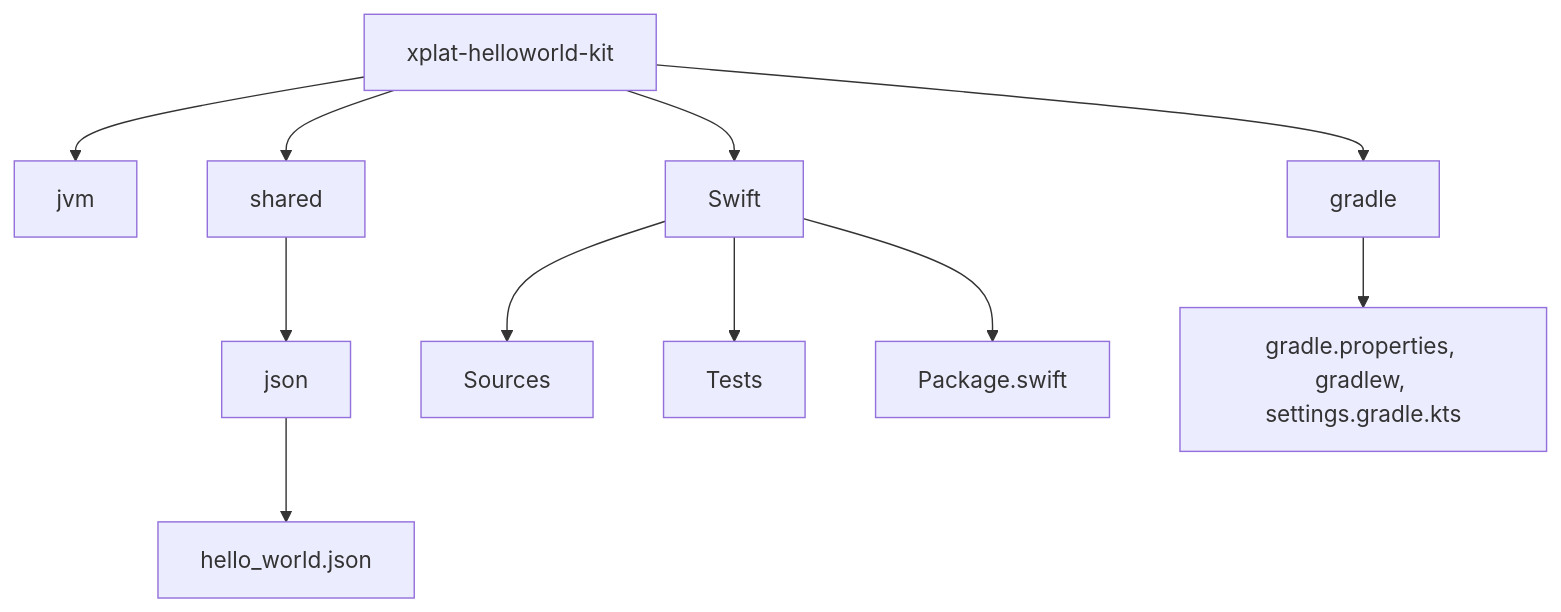
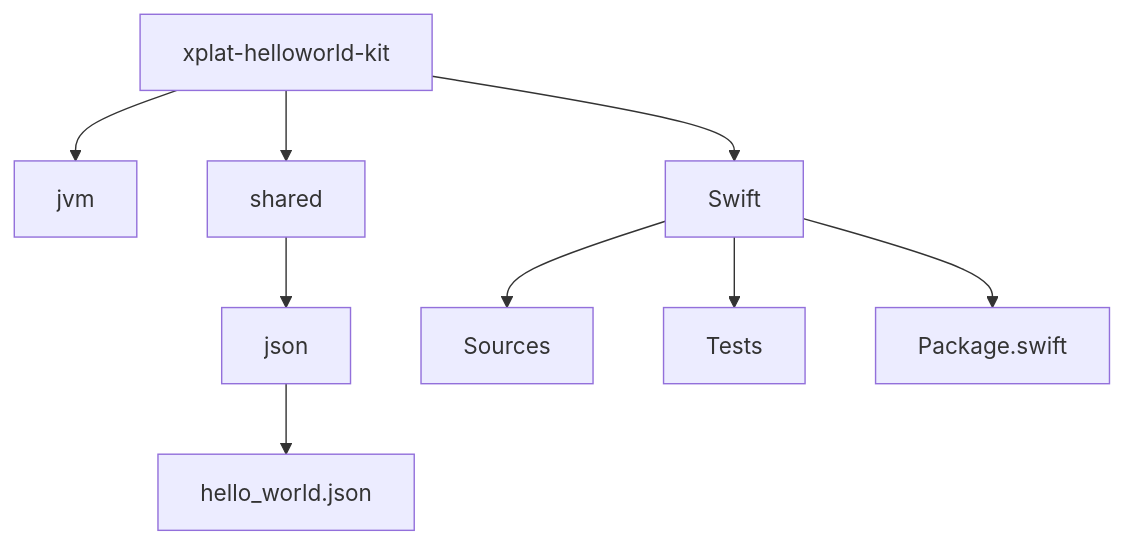
One commit to baksha97/xplat-helloworld-kit changed the diagram in README.md. Above: the diagram before and after it, drawn with Mermaid.

Commit message:
README.md

````diff
--- a/README.md
+++ b/README.md
@@ -22,17 +22,14 @@
 ```mermaid
 graph TD;
     root[xplat-helloworld-kit]
     root --> jvm[jvm]
-    root --> gradle[gradle]
     root --> shared[shared]
     root --> swift[Swift]
     
     shared --> json[json]
     json --> hello_world[hello_world.json]
     
     swift --> sources[Sources]
     swift --> tests[Tests]
     swift --> package[Package.swift]
-    
-    gradle --> gradle_files[gradle.properties, gradlew, settings.gradle.kts]
 ```
````
